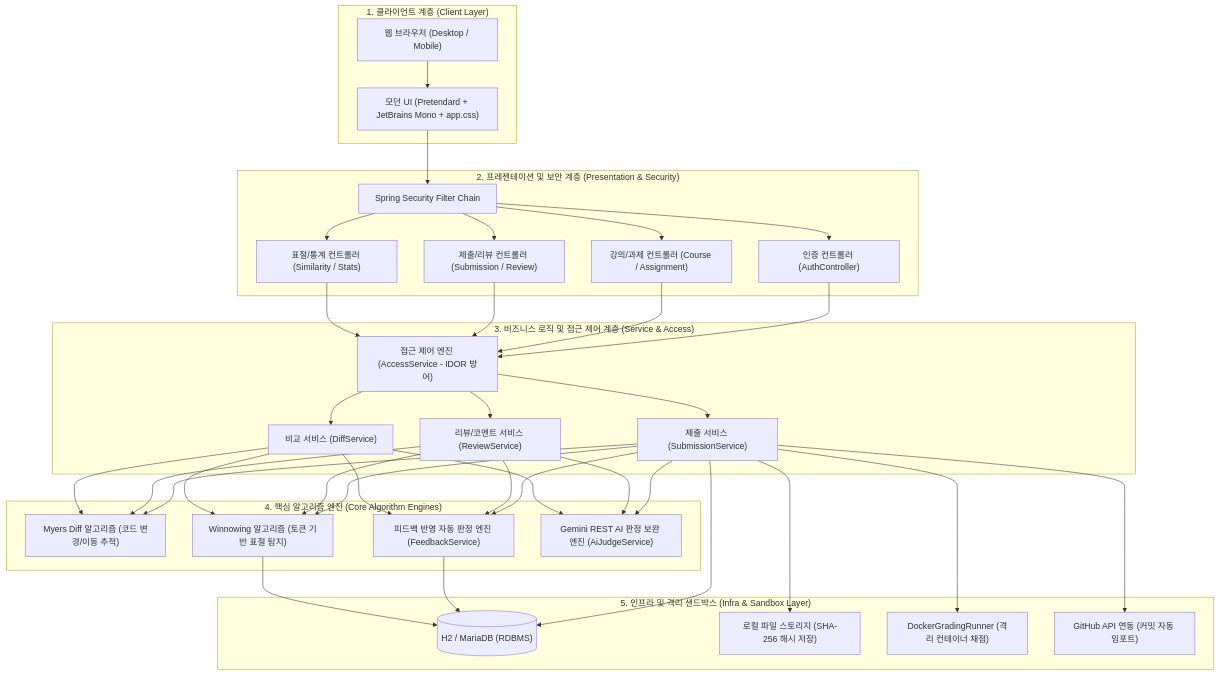
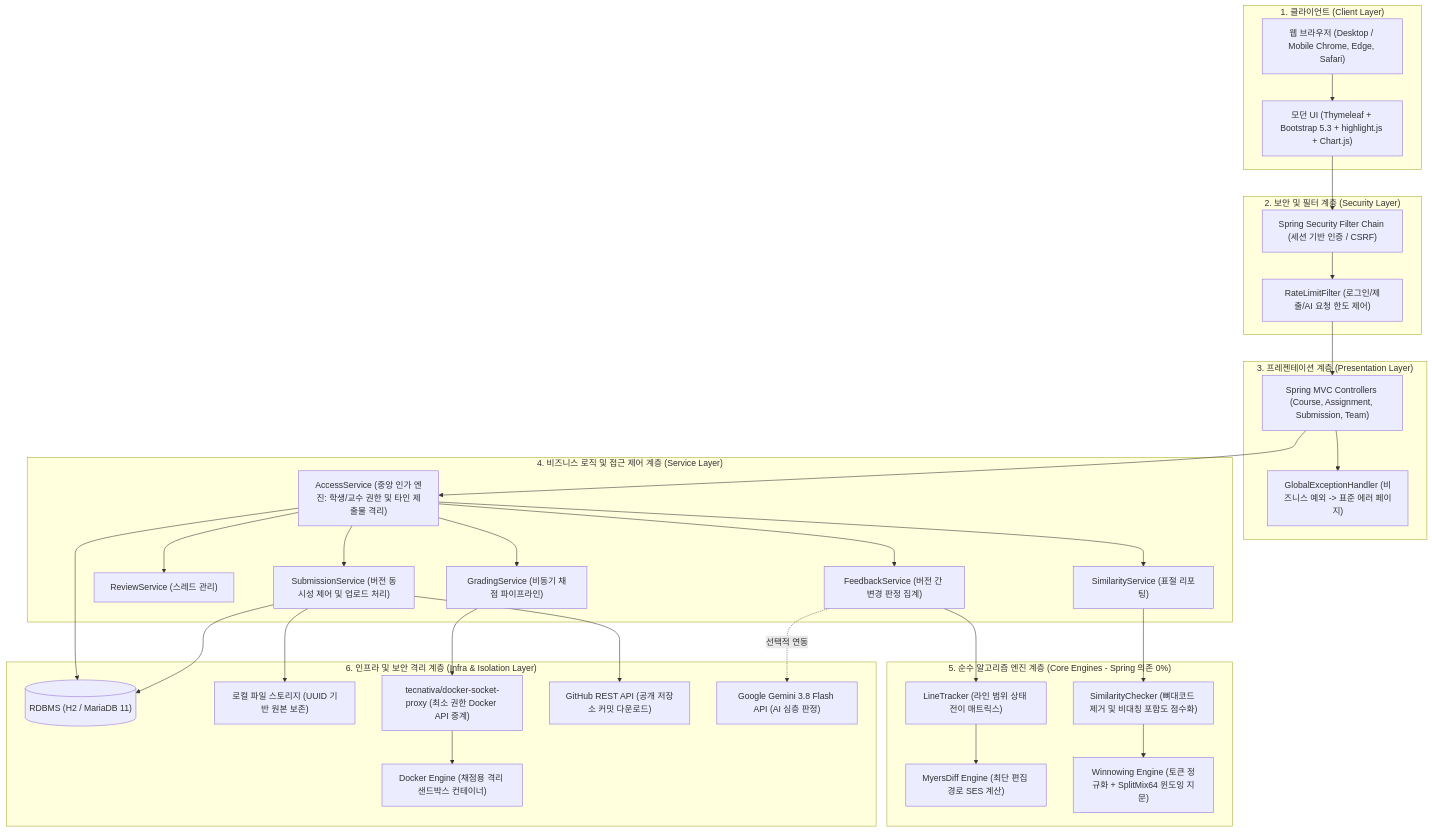
One commit to ksw1295/submithub changed the first of 4 diagrams in docs/ARCHITECTURE.md. Above: the diagram before and after it, drawn with Mermaid. The commit also changed other lines of this file and 15 other files, not shown here.

````diff
--- a/docs/ARCHITECTURE.md
+++ b/docs/ARCHITECTURE.md
@@ -12,46 +139,59 @@
 ```mermaid
 flowchart TB
-    subgraph ClientLayer ["1. 클라이언트 계층 (Client Layer)"]
-        Browser["웹 브라우저 (Desktop / Mobile)"]
-        UI["모던 UI (Pretendard + JetBrains Mono + app.css)"]
+    subgraph Client ["1. 클라이언트 (Client Layer)"]
+        Browser["웹 브라우저 (Desktop / Mobile Chrome, Edge, Safari)"]
+        UI["모던 UI (Thymeleaf + Bootstrap 5.3 + highlight.js + Chart.js)"]
     end
 
-    subgraph PresentationLayer ["2. 프레젠테이션 및 보안 계층 (Presentation & Security)"]
-        SecFilter["Spring Security Filter Chain"]
-        AuthCtrl["인증 컨트롤러 (AuthController)"]
-        CourseCtrl["강의/과제 컨트롤러 (Course / Assignment)"]
-        SubCtrl["제출/리뷰 컨트롤러 (Submission / Review)"]
-        SimCtrl["표절/통계 컨트롤러 (Similarity / Stats)"]
+    subgraph Security ["2. 보안 및 필터 계층 (Security Layer)"]
+        SecFilter["Spring Security Filter Chain (세션 기반 인증 / CSRF)"]
+        RateFilter["RateLimitFilter (로그인/제출/AI 요청 한도 제어)"]
     end
 
-    subgraph ServiceLayer ["3. 비즈니스 로직 및 접근 제어 계층 (Service & Access)"]
-        AccessSvc["접근 제어 엔진 (AccessService - IDOR 방어)"]
-        SubSvc["제출 서비스 (SubmissionService)"]
-        RevSvc["리뷰/코멘트 서비스 (ReviewService)"]
-        DiffSvc["비교 서비스 (DiffService)"]
+    subgraph Web ["3. 프레젠테이션 계층 (Presentation Layer)"]
+        Controllers["Spring MVC Controllers (Course, Assignment, Submission, Team)"]
+        ExHandler["GlobalExceptionHandler (비즈니스 예외 -> 표준 에러 페이지)"]
     end
 
-    subgraph EngineLayer ["4. 핵심 알고리즘 엔진 (Core Algorithm Engines)"]
-        MyersDiff["Myers Diff 알고리즘 (코드 변경/이동 추적)"]
-        FeedbackEngine["피드백 반영 자동 판정 엔진 (FeedbackService)"]
-        Winnowing["Winnowing 알고리즘 (토큰 기반 표절 탐지)"]
-        AiJudge["Gemini REST AI 판정 보완 엔진 (AiJudgeService)"]
+    subgraph Service ["4. 비즈니스 로직 및 접근 제어 계층 (Service Layer)"]
+        Access["AccessService (중앙 인가 엔진: 학생/교수 권한 및 타인 제출물 격리)"]
+        SubService["SubmissionService (버전 동시성 제어 및 업로드 처리)"]
+        RevService["ReviewService (스레드 관리)"]
+        FeedService["FeedbackService (버전 간 변경 판정 집계)"]
+        GradService["GradingService (비동기 채점 파이프라인)"]
+        SimService["SimilarityService (표절 리포팅)"]
     end
 
-    subgraph InfraLayer ["5. 인프라 및 격리 샌드박스 (Infra & Sandbox Layer)"]
-        H2DB[("H2 / MariaDB (RDBMS)")]
-        FileStore["로컬 파일 스토리지 (SHA-256 해시 저장)"]
-        DockerRunner["DockerGradingRunner (격리 컨테이너 채점)"]
-        GitHubAPI["GitHub API 연동 (커밋 자동 임포트)"]
+    subgraph Core ["5. 순수 알고리즘 엔진 계층 (Core Engines - Spring 의존 0%)"]
+        Myers["MyersDiff Engine (최단 편집 경로 SES 계산)"]
+        LineTrack["LineTracker (라인 범위 상태 전이 매트릭스)"]
+        Winnow["Winnowing Engine (토큰 정규화 + SplitMix64 윈도잉 지문)"]
+        SimCheck["SimilarityChecker (뼈대코드 제거 및 비대칭 포함도 점수화)"]
+    end
+
+    subgraph Infra ["6. 인프라 및 보안 격리 계층 (Infra & Isolation Layer)"]
+        DB[("RDBMS (H2 / MariaDB 11)")]
+        DiskStore["로컬 파일 스토리지 (UUID 기반 원본 보존)"]
+        SocketProxy["tecnativa/docker-socket-proxy (최소 권한 Docker API 중계)"]
+        DockerEngine["Docker Engine (채점용 격리 샌드박스 컨테이너)"]
+        GitHub["GitHub REST API (공개 저장소 커밋 다운로드)"]
+        Gemini["Google Gemini 3.8 Flash API (AI 심층 판정)"]
     end
 
     Browser --> UI
     UI --> SecFilter
-    SecFilter --> AuthCtrl & CourseCtrl & SubCtrl & SimCtrl
-    AuthCtrl & CourseCtrl & SubCtrl & SimCtrl --> AccessSvc
-    AccessSvc --> SubSvc & RevSvc & DiffSvc
-    SubSvc & RevSvc & DiffSvc --> MyersDiff & FeedbackEngine & Winnowing & AiJudge
-    SubSvc --> FileStore & H2DB & GitHubAPI
-    FeedbackEngine & Winnowing --> H2DB
-    SubSvc --> DockerRunner
+    SecFilter --> RateFilter
+    RateFilter --> Controllers
+    Controllers --> ExHandler
+    Controllers --> Access
+    Access --> SubService & RevService & FeedService & GradService & SimService
+    FeedService --> LineTrack
+    LineTrack --> Myers
+    SimService --> SimCheck
+    SimCheck --> Winnow
+    SubService --> DiskStore & DB & GitHub
+    GradService --> SocketProxy
+    SocketProxy --> DockerEngine
+    FeedService -.선택적 연동.-> Gemini
+    Access --> DB
 ```
````
